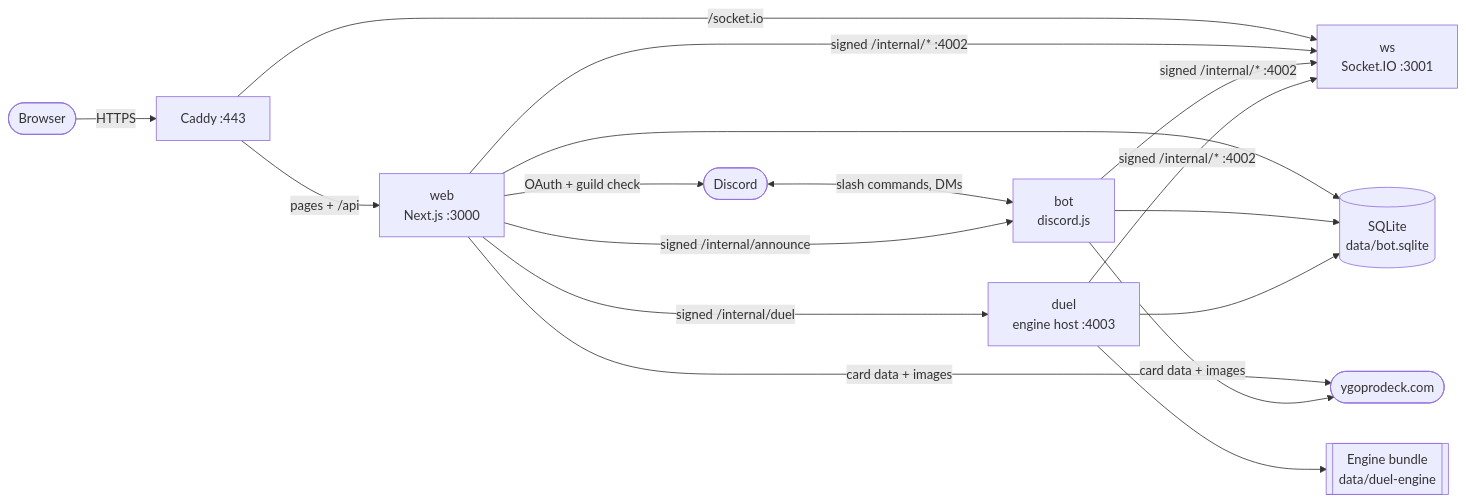
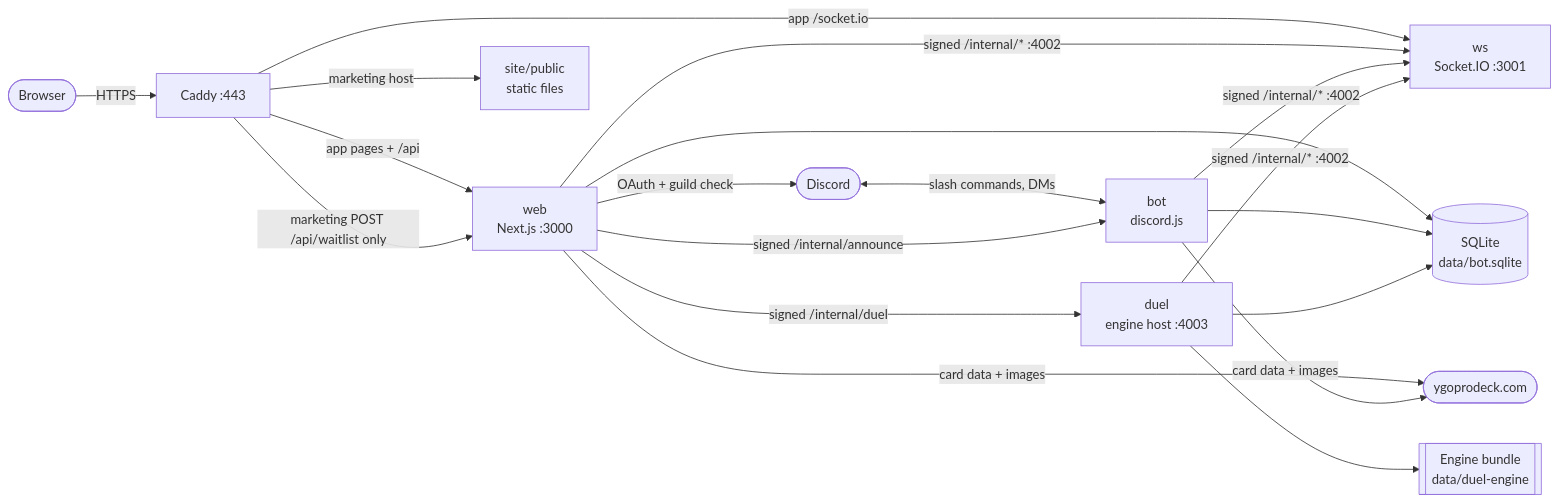
Before and after one commit to DuelingDomain/yugioh-bot: the first of 4 diagrams in docs/architecture.md, drawn with Mermaid. The commit also changed other lines of this file and 53 other files, not shown here.

First line of the commit message:
feat: Dueling Domain marketing site, waitlist and domain split

````diff
--- a/docs/architecture.md
+++ b/docs/architecture.md
@@ -7,14 +7,16 @@
 ```mermaid
 flowchart LR
   user([Browser]) -->|HTTPS| caddy[Caddy :443]
-  caddy -->|pages + /api| web[web<br/>Next.js :3000]
-  caddy -->|/socket.io| ws[ws<br/>Socket.IO :3001]
+  caddy -->|app pages + /api| web[web<br/>Next.js :3000]
+  caddy -->|app /socket.io| ws[ws<br/>Socket.IO :3001]
+  caddy -->|marketing host| site[site/public<br/>static files]
+  caddy -->|marketing POST /api/waitlist only| web
   discord([Discord]) <-->|slash commands, DMs| bot[bot<br/>discord.js]
   web -->|OAuth + guild check| discord
   web -->|signed /internal/duel| duel[duel<br/>engine host :4003]
   web -->|signed /internal/announce| bot
   web & bot & duel -->|signed /internal/* :4002| ws
   web & bot & duel --> db[(SQLite<br/>data/bot.sqlite)]
   duel --> bundle[[Engine bundle<br/>data/duel-engine]]
   web & bot -->|card data + images| ygo([ygoprodeck.com])
 ```
````
